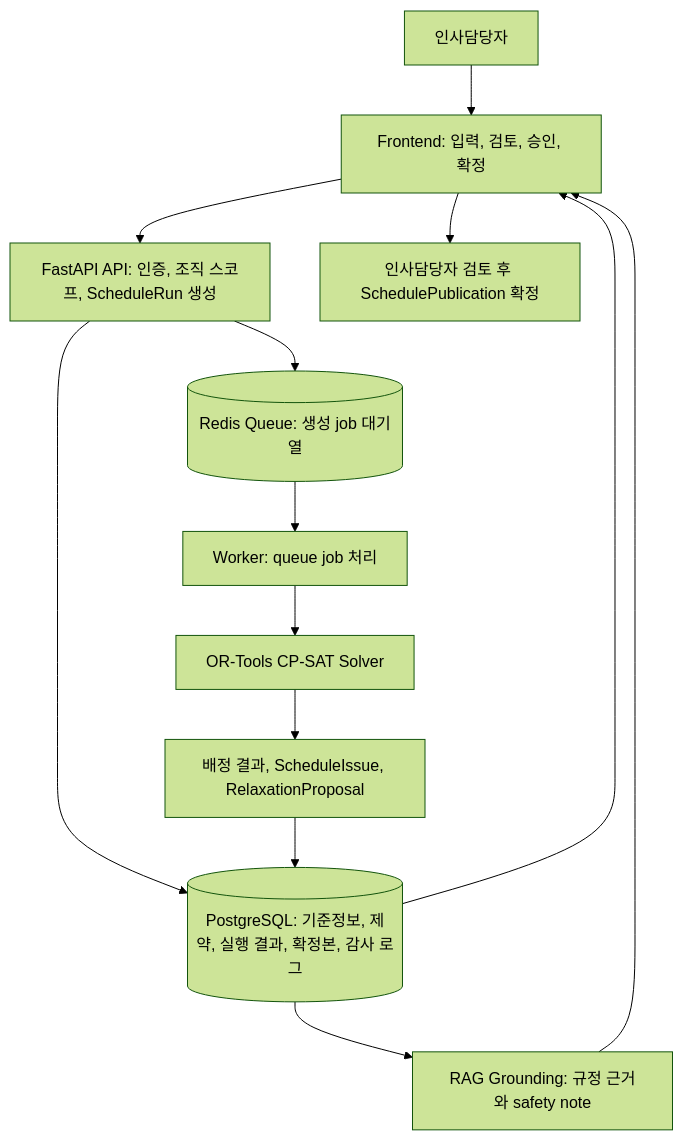
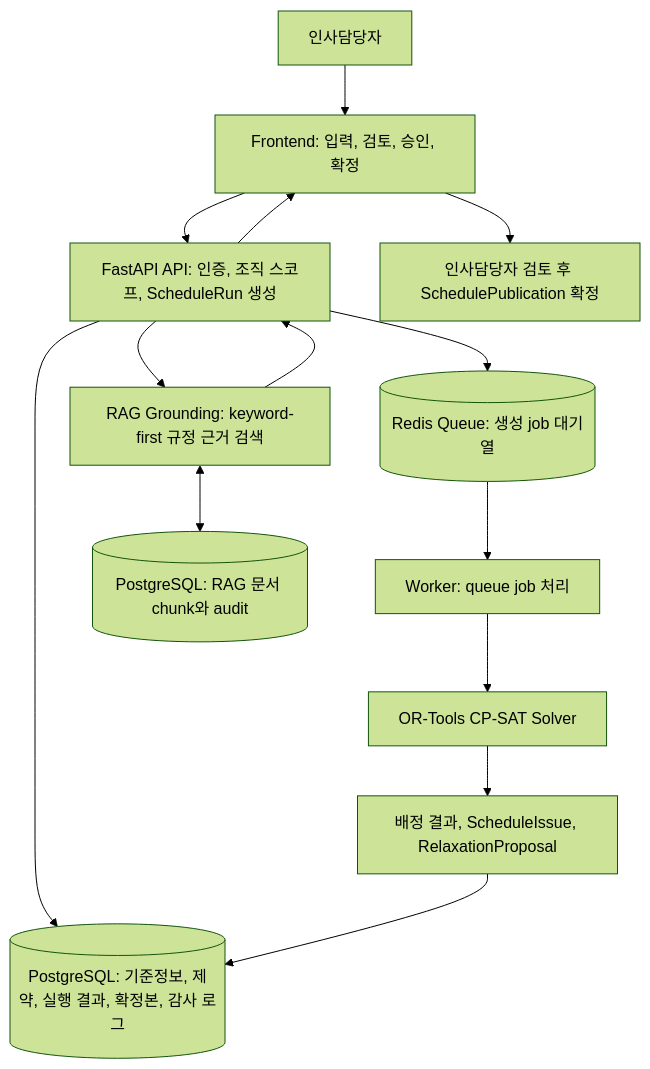
The diagram in docs/submission-report.md (Astray07/WorkScheduleAI), drawn with Mermaid (forest theme) before and after one commit. The commit also changed other lines of this file and 3 other files, not shown here.

````diff
--- a/docs/submission-report.md
+++ b/docs/submission-report.md
@@ -34,15 +34,16 @@
 ```mermaid
 flowchart TD
     A["인사담당자"] --> B["Frontend: 입력, 검토, 승인, 확정"]
     B --> C["FastAPI API: 인증, 조직 스코프, ScheduleRun 생성"]
     C --> D[("PostgreSQL: 기준정보, 제약, 실행 결과, 확정본, 감사 로그")]
     C --> E[("Redis Queue: 생성 job 대기열")]
     E --> F["Worker: queue job 처리"]
     F --> G["OR-Tools CP-SAT Solver"]
     G --> H["배정 결과, ScheduleIssue, RelaxationProposal"]
     H --> D
-    D --> I["RAG Grounding: 규정 근거와 safety note"]
-    D --> B
-    I --> B
+    C --> I["RAG Grounding: keyword-first 규정 근거 검색"]
+    I <--> R[("PostgreSQL: RAG 문서 chunk와 audit")]
+    I --> C
+    C --> B
     B --> J["인사담당자 검토 후 SchedulePublication 확정"]
 ```
````
